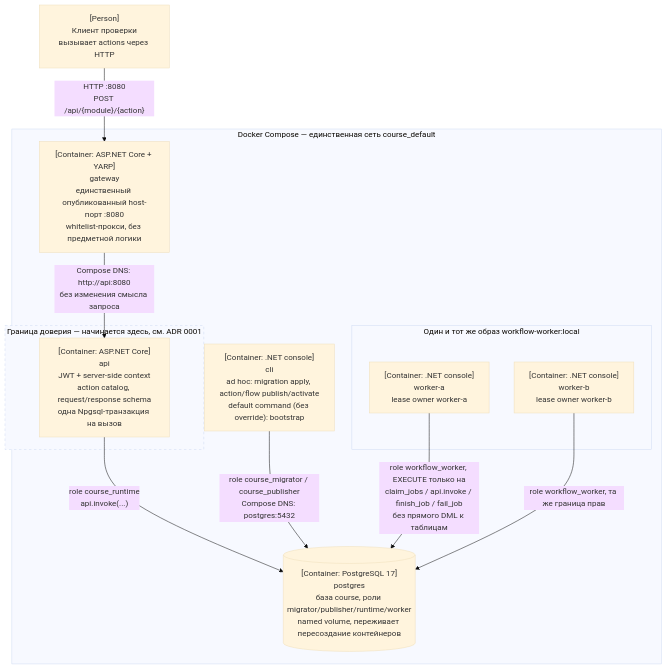
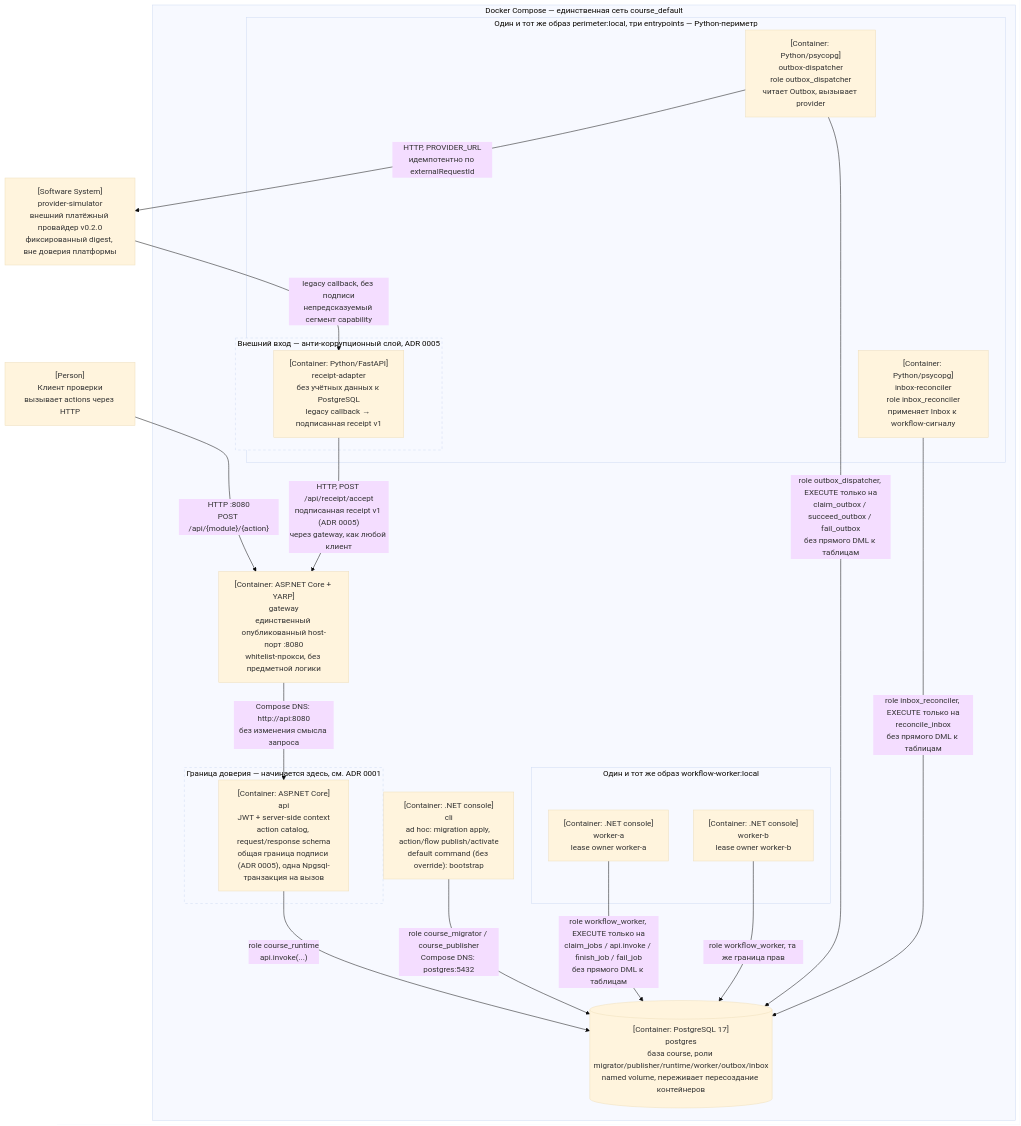
The diagram in docs/c4/container.md (OnixxTeam/onix-modulebank), drawn with Mermaid (base theme) before and after one commit. The commit also changed other lines of this file and 99 other files, not shown here.

Commit message:
Неделя 3: Python-периметр, платёжный и ручной процессы (#9)

````diff
--- a/docs/c4/container.md
+++ b/docs/c4/container.md
@@ -9,30 +9,46 @@
 ```mermaid
 flowchart TB
     client["[Person]<br/>Клиент проверки<br/>вызывает actions через HTTP"]
+    provider["[Software System]<br/>provider-simulator<br/>внешний платёжный провайдер v0.2.0<br/>фиксированный digest, вне доверия платформы"]
 
     subgraph compose["Docker Compose — единственная сеть course_default"]
         gateway["[Container: ASP.NET Core + YARP]<br/>gateway<br/>единственный опубликованный host-порт :8080<br/>whitelist-прокси, без предметной логики"]
 
         subgraph trust["Граница доверия — начинается здесь, см. ADR 0001"]
-            api["[Container: ASP.NET Core]<br/>api<br/>JWT + server-side context<br/>action catalog, request/response schema<br/>одна Npgsql-транзакция на вызов"]
+            api["[Container: ASP.NET Core]<br/>api<br/>JWT + server-side context<br/>action catalog, request/response schema<br/>общая граница подписи (ADR 0005), одна Npgsql-транзакция на вызов"]
         end
 
         cli["[Container: .NET console]<br/>cli<br/>ad hoc: migration apply, action/flow publish/activate<br/>default command (без override): bootstrap"]
 
         subgraph workers["Один и тот же образ workflow-worker:local"]
             workera["[Container: .NET console]<br/>worker-a<br/>lease owner worker-a"]
             workerb["[Container: .NET console]<br/>worker-b<br/>lease owner worker-b"]
         end
 
-        postgres[("[Container: PostgreSQL 17]<br/>postgres<br/>база course, роли migrator/publisher/runtime/worker<br/>named volume, переживает пересоздание контейнеров")]
+        subgraph perimeter["Один и тот же образ perimeter:local, три entrypoints — Python-периметр"]
+            dispatcher["[Container: Python/psycopg]<br/>outbox-dispatcher<br/>role outbox_dispatcher<br/>читает Outbox, вызывает provider"]
+            reconciler["[Container: Python/psycopg]<br/>inbox-reconciler<br/>role inbox_reconciler<br/>применяет Inbox к workflow-сигналу"]
+            subgraph adaptertrust["Внешний вход — анти-коррупционный слой, ADR 0005"]
+                adapter["[Container: Python/FastAPI]<br/>receipt-adapter<br/>без учётных данных к PostgreSQL<br/>legacy callback → подписанная receipt v1"]
+            end
+        end
+
+        postgres[("[Container: PostgreSQL 17]<br/>postgres<br/>база course, роли migrator/publisher/runtime/worker/outbox/inbox<br/>named volume, переживает пересоздание контейнеров")]
     end
 
     client -->|"HTTP :8080<br/>POST /api/{module}/{action}"| gateway
     gateway -->|"Compose DNS: http://api:8080<br/>без изменения смысла запроса"| api
     api -->|"role course_runtime<br/>api.invoke(...)"| postgres
     cli -->|"role course_migrator / course_publisher<br/>Compose DNS: postgres:5432"| postgres
     workera -->|"role workflow_worker, EXECUTE только на<br/>claim_jobs / api.invoke / finish_job / fail_job<br/>без прямого DML к таблицам"| postgres
     workerb -->|"role workflow_worker, та же граница прав"| postgres
 
+    dispatcher -->|"role outbox_dispatcher, EXECUTE только на<br/>claim_outbox / succeed_outbox / fail_outbox<br/>без прямого DML к таблицам"| postgres
+    dispatcher -->|"HTTP, PROVIDER_URL<br/>идемпотентно по externalRequestId"| provider
+    provider -->|"legacy callback, без подписи<br/>непредсказуемый сегмент capability"| adapter
+    adapter -->|"HTTP, POST /api/receipt/accept<br/>подписанная receipt v1 (ADR 0005)<br/>через gateway, как любой клиент"| gateway
+    reconciler -->|"role inbox_reconciler, EXECUTE только на<br/>reconcile_inbox<br/>без прямого DML к таблицам"| postgres
+
     style trust stroke-dasharray: 5 5
+    style adaptertrust stroke-dasharray: 5 5
 ```
````
